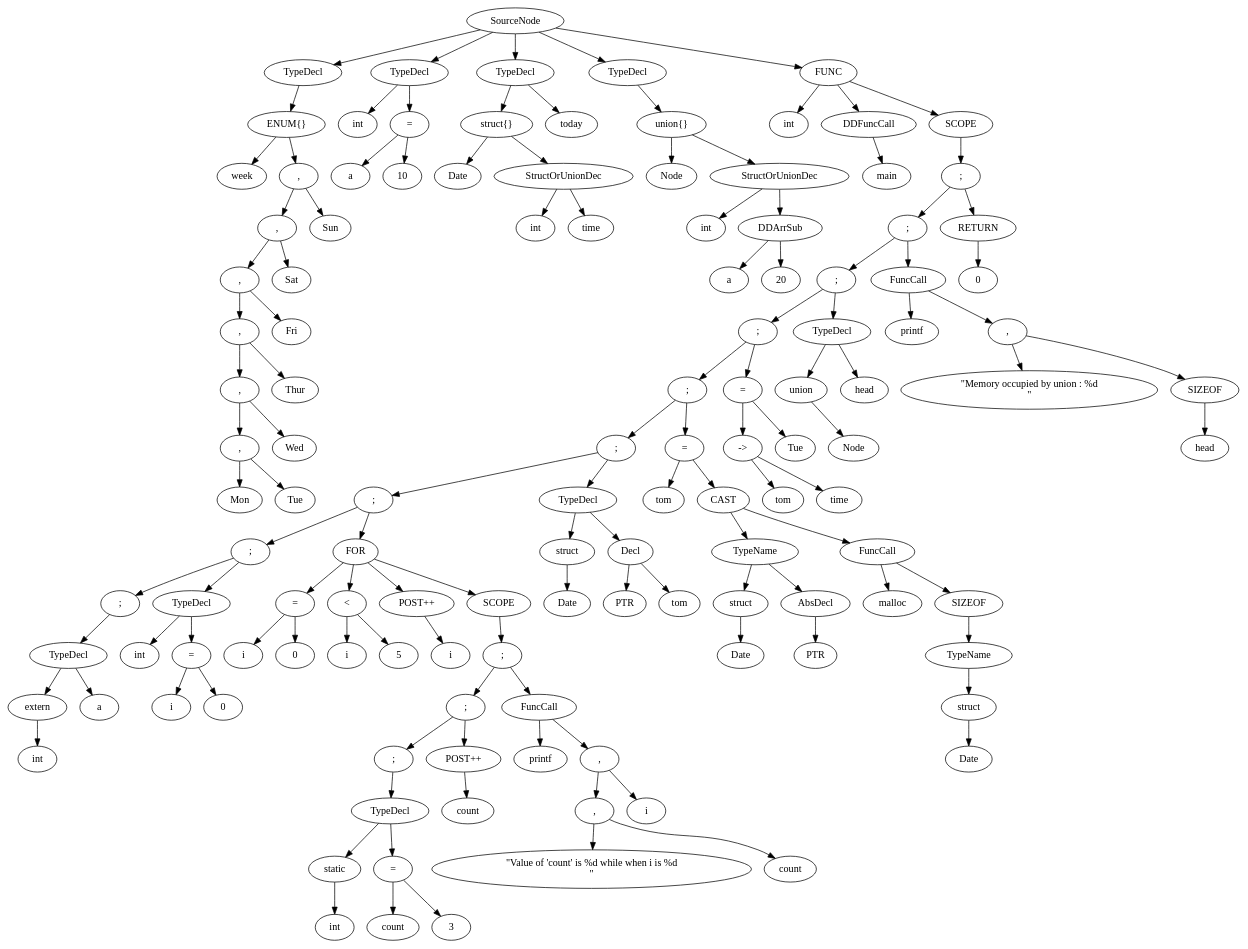
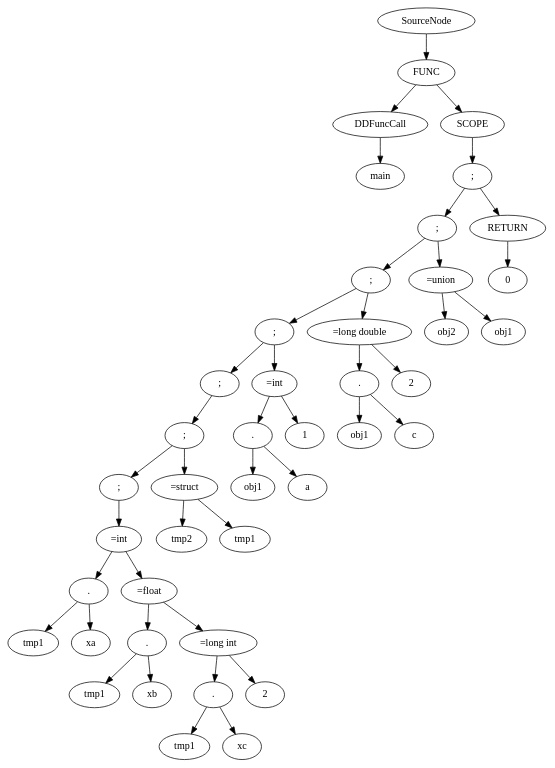
One commit to SupreethBaliga/Compilers changed the diagram in dot/test3.dot. Above: the diagram before and after it, drawn with Graphviz. The commit also changed 16 other files, not shown here.

```diff
--- a/dot/test3.dot
+++ b/dot/test3.dot
@@ -3,445 +3,195 @@
 	node [label="\N"];
 	{
 		graph [rank=same];
-		0	[label=Mon];
-		1	[label=Tue];
-		0 -> 1	[style=invis];
 	}
 	{
 		graph [rank=same];
-		2	[label=","];
-		3	[label=Wed];
-		2 -> 3	[style=invis];
 	}
 	{
 		graph [rank=same];
-		4	[label=","];
-		5	[label=Thur];
-		4 -> 5	[style=invis];
 	}
 	{
 		graph [rank=same];
-		6	[label=","];
-		7	[label=Fri];
-		6 -> 7	[style=invis];
 	}
 	{
 		graph [rank=same];
-		8	[label=","];
-		9	[label=Sat];
-		8 -> 9	[style=invis];
 	}
 	{
 		graph [rank=same];
-		10	[label=","];
-		11	[label=Sun];
-		10 -> 11	[style=invis];
 	}
 	{
 		graph [rank=same];
-		12	[label=","];
-		14	[label=week];
-		14 -> 12	[style=invis];
 	}
 	{
 		graph [rank=same];
-		17	[label=a];
-		18	[label=10];
-		17 -> 18	[style=invis];
+		22		 [label=main];
 	}
 	{
 		graph [rank=same];
-		16	[label=int];
-		19	[label="="];
-		16 -> 19	[style=invis];
+		28		 [label=tmp1];
+		29		 [label=xa];
+		28 -> 29		 [style=invis];
 	}
 	{
 		graph [rank=same];
-		22	[label=int];
-		23	[label=time];
-		22 -> 23	[style=invis];
+		32		 [label=tmp1];
+		33		 [label=xb];
+		32 -> 33		 [style=invis];
 	}
 	{
 		graph [rank=same];
-		24	[label=StructOrUnionDec];
-		25	[label=Date];
-		25 -> 24	[style=invis];
+		36		 [label=tmp1];
+		37		 [label=xc];
+		36 -> 37		 [style=invis];
 	}
 	{
 		graph [rank=same];
-		21	[label="struct{}"];
-		26	[label=today];
-		21 -> 26	[style=invis];
+		38		 [label="."];
+		40		 [label=2];
+		38 -> 40		 [style=invis];
 	}
 	{
 		graph [rank=same];
-		30	[label=a];
-		31	[label=20];
-		30 -> 31	[style=invis];
+		34		 [label="."];
+		39		 [label="=long int"];
+		34 -> 39		 [style=invis];
 	}
 	{
 		graph [rank=same];
-		29	[label=int];
-		32	[label=DDArrSub];
-		29 -> 32	[style=invis];
+		30		 [label="."];
+		35		 [label="=float"];
+		30 -> 35		 [style=invis];
 	}
 	{
 		graph [rank=same];
-		33	[label=StructOrUnionDec];
-		34	[label="Node"];
-		34 -> 33	[style=invis];
+		31		 [label="=int"];
 	}
 	{
 		graph [rank=same];
-		39	[label=extern];
-		41	[label=a];
-		39 -> 41	[style=invis];
+		42		 [label=tmp2];
+		44		 [label=tmp1];
+		42 -> 44		 [style=invis];
 	}
 	{
 		graph [rank=same];
-		45	[label=i];
-		46	[label=0];
-		45 -> 46	[style=invis];
+		41		 [label=";"];
+		43		 [label="=struct"];
+		41 -> 43		 [style=invis];
 	}
 	{
 		graph [rank=same];
-		44	[label=int];
-		47	[label="="];
-		44 -> 47	[style=invis];
+		45		 [label=";"];
 	}
 	{
 		graph [rank=same];
-		43	[label=";"];
-		48	[label=TypeDecl];
-		43 -> 48	[style=invis];
+		51		 [label=obj1];
+		52		 [label=a];
+		51 -> 52		 [style=invis];
 	}
 	{
 		graph [rank=same];
-		50	[label=i];
-		52	[label=0];
-		50 -> 52	[style=invis];
+		53		 [label="."];
+		55		 [label=1];
+		53 -> 55		 [style=invis];
 	}
 	{
 		graph [rank=same];
-		53	[label=i];
-		54	[label=5];
-		53 -> 54	[style=invis];
+		50		 [label=";"];
+		54		 [label="=int"];
+		50 -> 54		 [style=invis];
 	}
 	{
 		graph [rank=same];
-		60	[label=count];
-		61	[label=3];
-		60 -> 61	[style=invis];
+		57		 [label=obj1];
+		58		 [label=c];
+		57 -> 58		 [style=invis];
 	}
 	{
 		graph [rank=same];
-		58	[label=static];
-		62	[label="="];
-		58 -> 62	[style=invis];
+		59		 [label="."];
+		61		 [label=2];
+		59 -> 61		 [style=invis];
 	}
 	{
 		graph [rank=same];
-		64	[label=";"];
-		66	[label="POST++"];
-		64 -> 66	[style=invis];
+		56		 [label=";"];
+		60		 [label="=long double"];
+		56 -> 60		 [style=invis];
 	}
 	{
 		graph [rank=same];
-		69	[label="\"Value of 'count' is %d while when i is %d\n\""];
-		70	[label=count];
-		69 -> 70	[style=invis];
+		63		 [label=obj2];
+		65		 [label=obj1];
+		63 -> 65		 [style=invis];
 	}
 	{
 		graph [rank=same];
-		71	[label=","];
-		72	[label=i];
-		71 -> 72	[style=invis];
+		62		 [label=";"];
+		64		 [label="=union"];
+		62 -> 64		 [style=invis];
 	}
 	{
 		graph [rank=same];
-		68	[label=printf];
-		73	[label=","];
-		68 -> 73	[style=invis];
+		67		 [label=0];
 	}
 	{
 		graph [rank=same];
-		67	[label=";"];
-		74	[label=FuncCall];
-		67 -> 74	[style=invis];
+		66		 [label=";"];
+		68		 [label=RETURN];
+		66 -> 68		 [style=invis];
 	}
 	{
 		graph [rank=same];
-		51	[label="="];
-		55	[label="<"];
-		51 -> 55	[style=invis];
-		57	[label="POST++"];
-		55 -> 57	[style=invis];
-		76	[label=SCOPE];
-		57 -> 76	[style=invis];
+		69		 [label=";"];
 	}
 	{
 		graph [rank=same];
-		49	[label=";"];
-		77	[label=FOR];
-		49 -> 77	[style=invis];
+		23		 [label=DDFuncCall];
+		70		 [label=SCOPE];
+		23 -> 70		 [style=invis];
 	}
-	{
-		graph [rank=same];
-		81	[label=PTR];
-		82	[label=tom];
-		81 -> 82	[style=invis];
-	}
-	{
-		graph [rank=same];
-		79	[label=struct];
-		83	[label=Decl];
-		79 -> 83	[style=invis];
-	}
-	{
-		graph [rank=same];
-		78	[label=";"];
-		84	[label=TypeDecl];
-		78 -> 84	[style=invis];
-	}
-	{
-		graph [rank=same];
-		88	[label=struct];
-		91	[label=AbsDecl];
-		88 -> 91	[style=invis];
-	}
-	{
-		graph [rank=same];
-		93	[label=malloc];
-		97	[label=SIZEOF];
-		93 -> 97	[style=invis];
-	}
-	{
-		graph [rank=same];
-		92	[label=TypeName];
-		98	[label=FuncCall];
-		92 -> 98	[style=invis];
-	}
-	{
-		graph [rank=same];
-		86	[label=tom];
-		99	[label=CAST];
-		86 -> 99	[style=invis];
-	}
-	{
-		graph [rank=same];
-		85	[label=";"];
-		87	[label="="];
-		85 -> 87	[style=invis];
-	}
-	{
-		graph [rank=same];
-		101	[label=tom];
-		103	[label=time];
-		101 -> 103	[style=invis];
-	}
-	{
-		graph [rank=same];
-		102	[label="->"];
-		105	[label=Tue];
-		102 -> 105	[style=invis];
-	}
-	{
-		graph [rank=same];
-		100	[label=";"];
-		104	[label="="];
-		100 -> 104	[style=invis];
-	}
-	{
-		graph [rank=same];
-		107	[label=union];
-		109	[label=head];
-		107 -> 109	[style=invis];
-	}
-	{
-		graph [rank=same];
-		106	[label=";"];
-		110	[label=TypeDecl];
-		106 -> 110	[style=invis];
-	}
-	{
-		graph [rank=same];
-		113	[label="\"Memory occupied by union : %d\n\""];
-		115	[label=SIZEOF];
-		113 -> 115	[style=invis];
-	}
-	{
-		graph [rank=same];
-		112	[label=printf];
-		116	[label=","];
-		112 -> 116	[style=invis];
-	}
-	{
-		graph [rank=same];
-		111	[label=";"];
-		117	[label=FuncCall];
-		111 -> 117	[style=invis];
-	}
-	{
-		graph [rank=same];
-		118	[label=";"];
-		120	[label=RETURN];
-		118 -> 120	[style=invis];
-	}
-	{
-		graph [rank=same];
-		36	[label=int];
-		38	[label=DDFuncCall];
-		36 -> 38	[style=invis];
-		122	[label=SCOPE];
-		38 -> 122	[style=invis];
-	}
-	2 -> 0;
-	2 -> 1;
-	4 -> 2;
-	4 -> 3;
-	6 -> 4;
-	6 -> 5;
-	8 -> 6;
-	8 -> 7;
-	10 -> 8;
-	10 -> 9;
-	12 -> 10;
-	12 -> 11;
-	13	[label="ENUM{}"];
-	13 -> 12;
-	13 -> 14;
-	15	[label=TypeDecl];
-	15 -> 13;
-	SourceNode -> 15;
-	20	[label=TypeDecl];
-	SourceNode -> 20;
-	27	[label=TypeDecl];
-	SourceNode -> 27;
-	35	[label=TypeDecl];
-	SourceNode -> 35;
-	123	[label=FUNC];
-	SourceNode -> 123;
-	19 -> 17;
-	19 -> 18;
-	20 -> 16;
-	20 -> 19;
-	21 -> 24;
-	21 -> 25;
-	24 -> 22;
-	24 -> 23;
-	27 -> 21;
-	27 -> 26;
-	28	[label="union{}"];
-	28 -> 33;
-	28 -> 34;
-	32 -> 30;
-	32 -> 31;
-	33 -> 29;
-	33 -> 32;
-	35 -> 28;
-	37	[label=main];
+	0	 [label=SourceNode];
+	71	 [label=FUNC];
+	0 -> 71;
+	23 -> 22;
+	30 -> 28;
+	30 -> 29;
+	31 -> 30;
+	31 -> 35;
+	34 -> 32;
+	34 -> 33;
+	35 -> 34;
+	35 -> 39;
+	38 -> 36;
 	38 -> 37;
-	40	[label=int];
+	39 -> 38;
 	39 -> 40;
-	42	[label=TypeDecl];
-	42 -> 39;
-	42 -> 41;
+	41 -> 31;
 	43 -> 42;
-	47 -> 45;
-	47 -> 46;
-	48 -> 44;
-	48 -> 47;
-	49 -> 43;
-	49 -> 48;
-	51 -> 50;
-	51 -> 52;
-	55 -> 53;
-	55 -> 54;
-	56	[label=i];
-	57 -> 56;
-	59	[label=int];
-	58 -> 59;
+	43 -> 44;
+	45 -> 41;
+	45 -> 43;
+	50 -> 45;
+	53 -> 51;
+	53 -> 52;
+	54 -> 53;
+	54 -> 55;
+	56 -> 50;
+	56 -> 54;
+	59 -> 57;
+	59 -> 58;
+	60 -> 59;
+	60 -> 61;
+	62 -> 56;
 	62 -> 60;
-	62 -> 61;
-	63	[label=TypeDecl];
-	63 -> 58;
-	63 -> 62;
 	64 -> 63;
-	65	[label=count];
-	66 -> 65;
-	67 -> 64;
-	67 -> 66;
-	71 -> 69;
+	64 -> 65;
+	66 -> 62;
+	66 -> 64;
+	68 -> 67;
+	69 -> 66;
+	69 -> 68;
+	70 -> 69;
+	71 -> 23;
 	71 -> 70;
-	73 -> 71;
-	73 -> 72;
-	74 -> 68;
-	74 -> 73;
-	75	[label=";"];
-	75 -> 67;
-	75 -> 74;
-	76 -> 75;
-	77 -> 51;
-	77 -> 55;
-	77 -> 57;
-	77 -> 76;
-	78 -> 49;
-	78 -> 77;
-	80	[label=Date];
-	79 -> 80;
-	83 -> 81;
-	83 -> 82;
-	84 -> 79;
-	84 -> 83;
-	85 -> 78;
-	85 -> 84;
-	87 -> 86;
-	87 -> 99;
-	89	[label=Date];
-	88 -> 89;
-	90	[label=PTR];
-	91 -> 90;
-	92 -> 88;
-	92 -> 91;
-	94	[label=struct];
-	95	[label=Date];
-	94 -> 95;
-	96	[label=TypeName];
-	96 -> 94;
-	97 -> 96;
-	98 -> 93;
-	98 -> 97;
-	99 -> 92;
-	99 -> 98;
-	100 -> 85;
-	100 -> 87;
-	102 -> 101;
-	102 -> 103;
-	104 -> 102;
-	104 -> 105;
-	106 -> 100;
-	106 -> 104;
-	108	[label="Node"];
-	107 -> 108;
-	110 -> 107;
-	110 -> 109;
-	111 -> 106;
-	111 -> 110;
-	114	[label=head];
-	115 -> 114;
-	116 -> 113;
-	116 -> 115;
-	117 -> 112;
-	117 -> 116;
-	118 -> 111;
-	118 -> 117;
-	119	[label=0];
-	120 -> 119;
-	121	[label=";"];
-	121 -> 118;
-	121 -> 120;
-	122 -> 121;
-	123 -> 36;
-	123 -> 38;
-	123 -> 122;
 }
```
